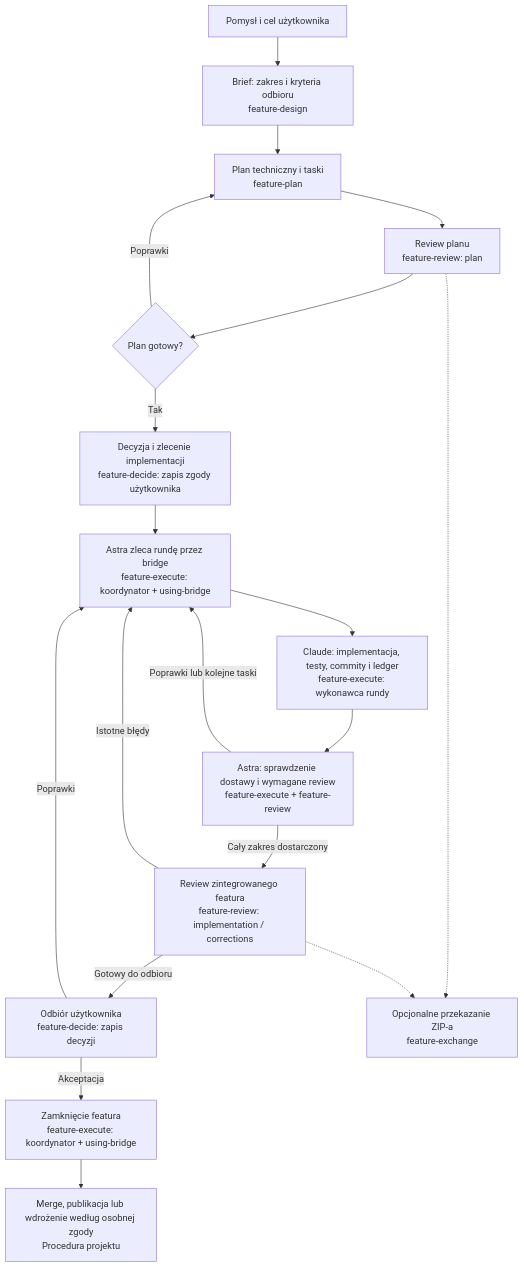
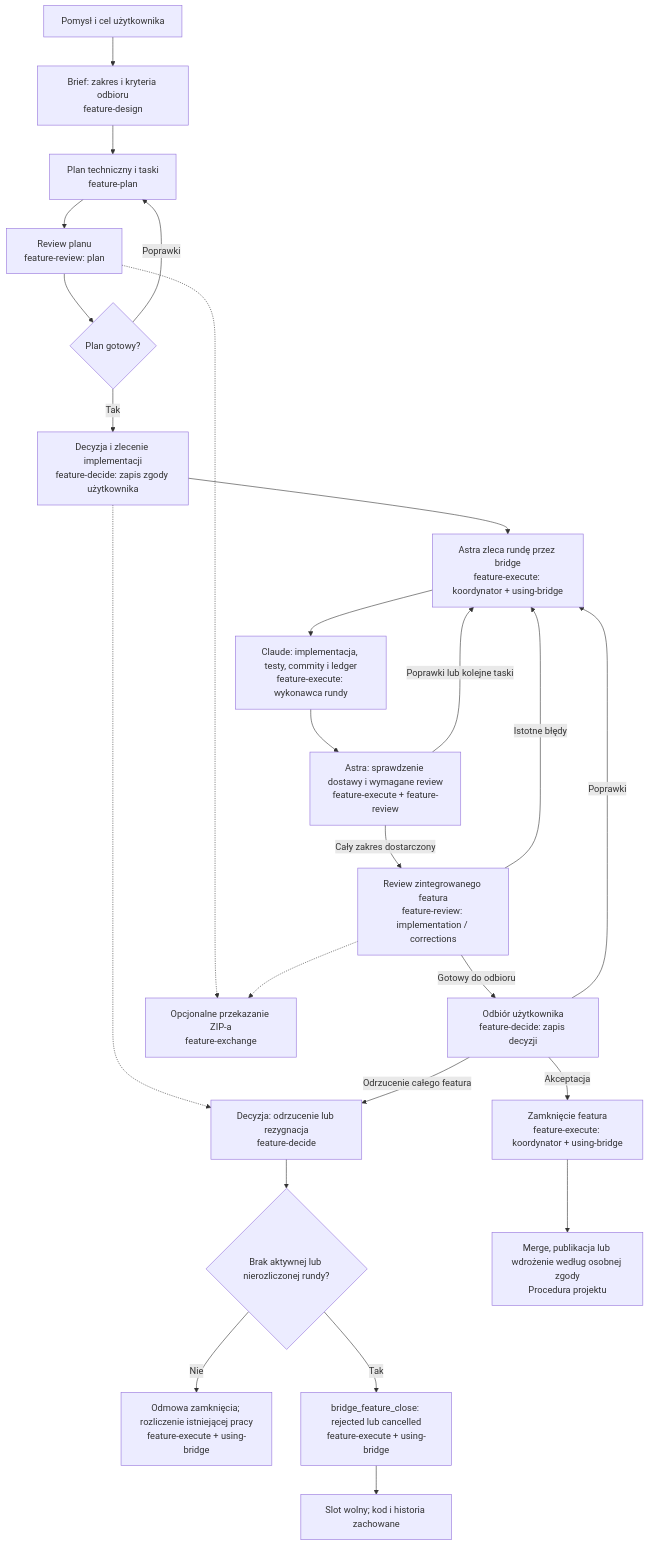
Before and after one commit to McAvity/bidirectional-bridge-claude-codex: the diagram in docs/feature-workflow-guide.md, drawn with Mermaid. The commit also changed other lines of this file and 45 other files, not shown here.

````diff
--- a/docs/feature-workflow-guide.md
+++ b/docs/feature-workflow-guide.md
@@ -10,21 +10,27 @@
 ```mermaid
 flowchart TD
     A[Pomysł i cel użytkownika] --> B["Brief: zakres i kryteria odbioru<br/>feature-design"]
     B --> C["Plan techniczny i taski<br/>feature-plan"]
     C --> D["Review planu<br/>feature-review: plan"]
     D --> E{Plan gotowy?}
     E -->|Poprawki| C
     E -->|Tak| F["Decyzja i zlecenie implementacji<br/>feature-decide: zapis zgody użytkownika"]
     F --> G["Astra zleca rundę przez bridge<br/>feature-execute: koordynator + using-bridge"]
     G --> H["Claude: implementacja, testy, commity i ledger<br/>feature-execute: wykonawca rundy"]
     H --> I["Astra: sprawdzenie dostawy i wymagane review<br/>feature-execute + feature-review"]
     I -->|Poprawki lub kolejne taski| G
     I -->|Cały zakres dostarczony| J["Review zintegrowanego featura<br/>feature-review: implementation / corrections"]
     J -->|Istotne błędy| G
     J -->|Gotowy do odbioru| K["Odbiór użytkownika<br/>feature-decide: zapis decyzji"]
     K -->|Poprawki| G
+    F -.-> N["Decyzja: odrzucenie lub rezygnacja<br/>feature-decide"]
+    K -->|Odrzucenie całego featura| N
+    N --> O{Brak aktywnej lub nierozliczonej rundy?}
+    O -->|Nie| P["Odmowa zamknięcia; rozliczenie istniejącej pracy<br/>feature-execute + using-bridge"]
+    O -->|Tak| Q["bridge_feature_close: rejected lub cancelled<br/>feature-execute + using-bridge"]
+    Q --> R["Slot wolny; kod i historia zachowane"]
     K -->|Akceptacja| L["Zamknięcie featura<br/>feature-execute: koordynator + using-bridge"]
     L --> M["Merge, publikacja lub wdrożenie według osobnej zgody<br/>Procedura projektu"]
     D -.-> X["Opcjonalne przekazanie ZIP-a<br/>feature-exchange"]
     J -.-> X
 ```
````
